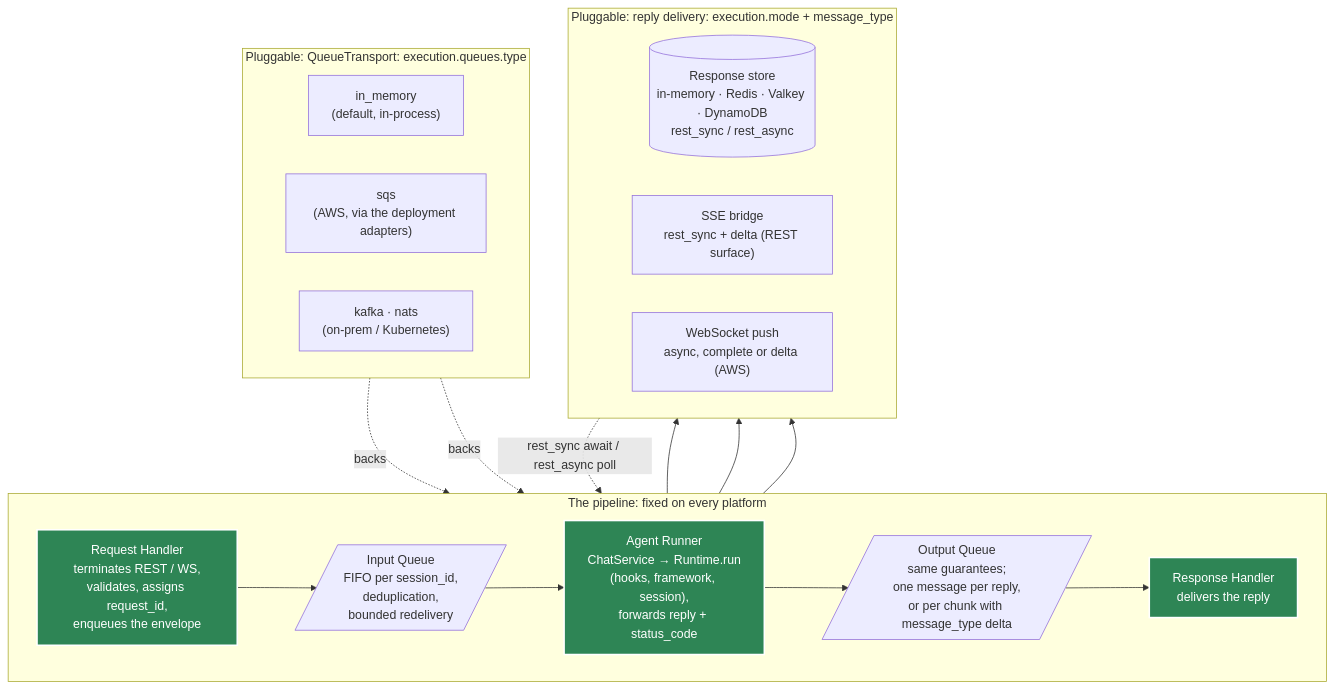
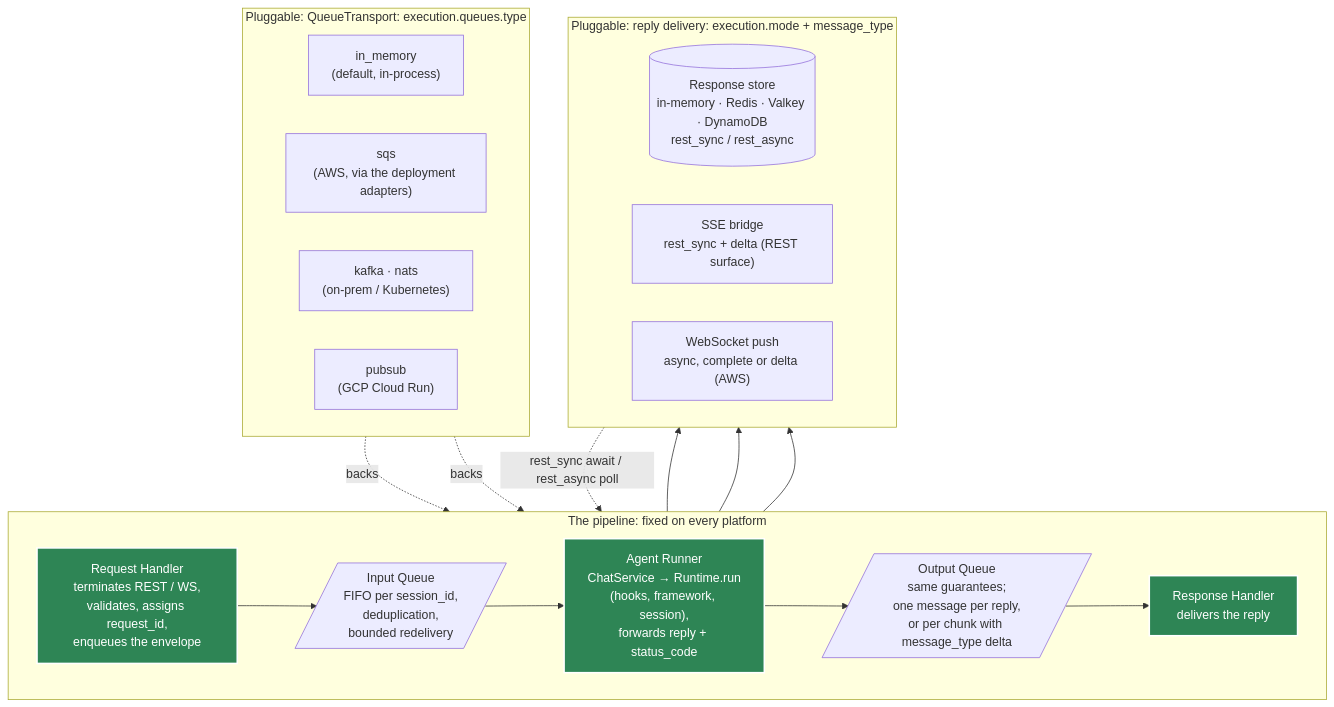
One commit to yaalalabs/agent-kernel changed the fourth of 8 diagrams in docs/docs/architecture/execution-flow.md. Above: the diagram before and after it, drawn with Mermaid. The commit also changed other lines of this file and 29 other files, not shown here.

````diff
--- a/docs/docs/architecture/execution-flow.md
+++ b/docs/docs/architecture/execution-flow.md
@@ -215,37 +215,38 @@
 ```mermaid
 graph TB
     subgraph PIPE["The pipeline: fixed on every platform"]
         direction LR
         RH["Request Handler<br/>terminates REST / WS,<br/>validates, assigns request_id,<br/>enqueues the envelope"]
         IQ[/"Input Queue<br/>FIFO per session_id,<br/>deduplication,<br/>bounded redelivery"/]
         AR["Agent Runner<br/>ChatService → Runtime.run<br/>(hooks, framework, session),<br/>forwards reply + status_code"]
         OQ[/"Output Queue<br/>same guarantees;<br/>one message per reply,<br/>or per chunk with message_type delta"/]
         RESP["Response Handler<br/>delivers the reply"]
         RH --> IQ --> AR --> OQ --> RESP
     end
 
     subgraph TRANS["Pluggable: QueueTransport: execution.queues.type"]
         direction LR
         MEM["in_memory<br/>(default, in-process)"]
         SQS["sqs<br/>(AWS, via the deployment adapters)"]
         KN["kafka · nats<br/>(on-prem / Kubernetes)"]
+        PS["pubsub<br/>(GCP Cloud Run)"]
     end
 
     subgraph DELIV["Pluggable: reply delivery: execution.mode + message_type"]
         direction LR
         RS[("Response store<br/>in-memory · Redis · Valkey · DynamoDB<br/>rest_sync / rest_async")]
         SSE["SSE bridge<br/>rest_sync + delta (REST surface)"]
         WS["WebSocket push<br/>async, complete or delta (AWS)"]
     end
 
     TRANS -.->|backs| IQ
     TRANS -.->|backs| OQ
     RESP --> RS
     RESP --> SSE
     RESP --> WS
     RS -.->|"rest_sync await / rest_async poll"| RH
 
     style RH fill:#2e8555,stroke:#fff,stroke-width:2px,color:#fff
     style AR fill:#2e8555,stroke:#fff,stroke-width:2px,color:#fff
     style RESP fill:#2e8555,stroke:#fff,stroke-width:2px,color:#fff
 ```
````
